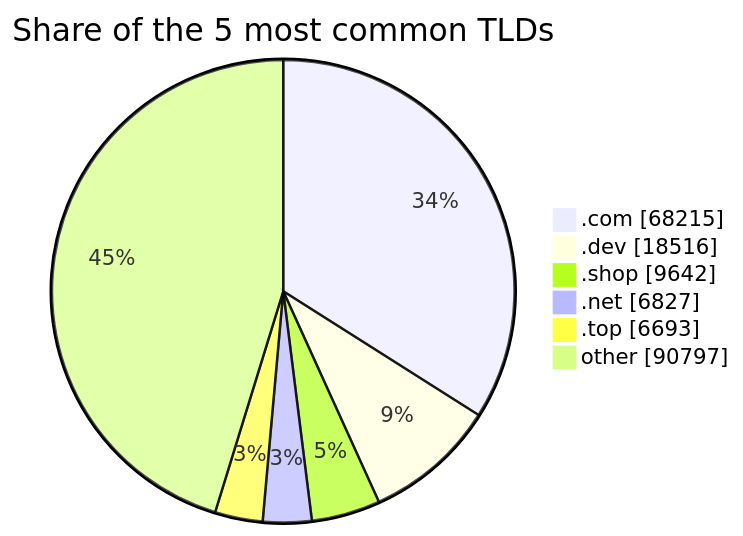
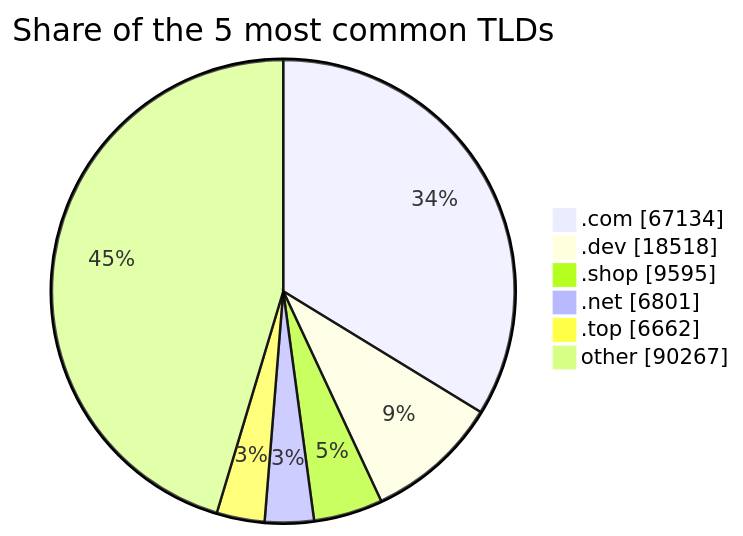
Before and after one commit to DNSBunker/CTI: the third of 3 diagrams in README.md, drawn with Mermaid. The commit also changed other lines of this file and 3 other files, not shown here.

````diff
--- a/README.md
+++ b/README.md
@@ -81,9 +81,9 @@
 ```mermaid
 pie showData title Share of the 5 most common TLDs
-    ".com" : 68215
-    ".dev" : 18516
-    ".shop" : 9642
-    ".net" : 6827
-    ".top" : 6693
-    "other" : 90797
+    ".com" : 67134
+    ".dev" : 18518
+    ".shop" : 9595
+    ".net" : 6801
+    ".top" : 6662
+    "other" : 90267
 ```
````
